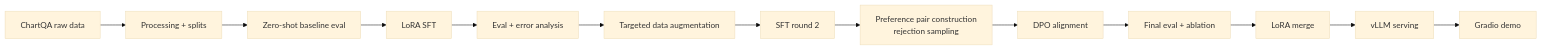
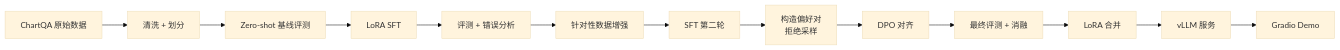
One commit to L-Everett/posttrain-vlm changed the diagram in README.md. Above: the diagram before and after it, drawn with Mermaid (base theme). The commit also changed other lines of this file and 2 other files, not shown here.

````diff
--- a/README.md
+++ b/README.md
@@ -16,15 +16,15 @@
 ```mermaid
 flowchart LR
-  A[ChartQA raw data] --> B[Processing + splits]
-  B --> C[Zero-shot baseline eval]
+  A[ChartQA 原始数据] --> B[清洗 + 划分]
+  B --> C[Zero-shot 基线评测]
   C --> D[LoRA SFT]
-  D --> E[Eval + error analysis]
-  E --> F[Targeted data augmentation]
-  F --> G[SFT round 2]
-  G --> H[Preference pair construction<br/>rejection sampling]
-  H --> I[DPO alignment]
-  I --> J[Final eval + ablation]
-  J --> K[LoRA merge]
-  K --> L[vLLM serving]
-  L --> M[Gradio demo]
+  D --> E[评测 + 错误分析]
+  E --> F[针对性数据增强]
+  F --> G[SFT 第二轮]
+  G --> H[构造偏好对<br/>拒绝采样]
+  H --> I[DPO 对齐]
+  I --> J[最终评测 + 消融]
+  J --> K[LoRA 合并]
+  K --> L[vLLM 服务]
+  L --> M[Gradio Demo]
 ```
````
